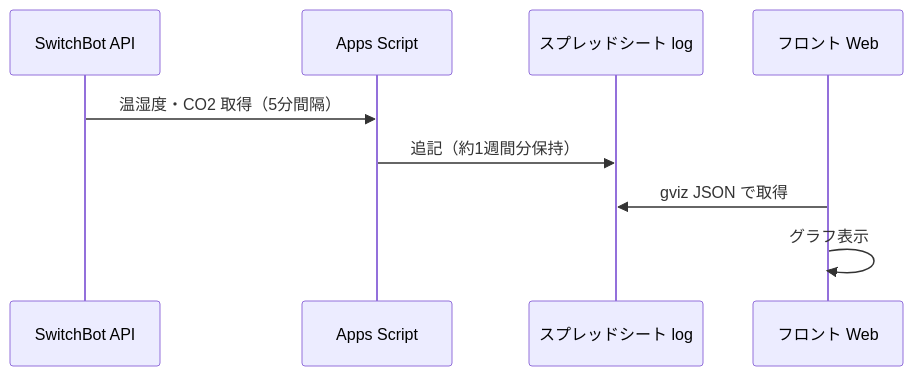
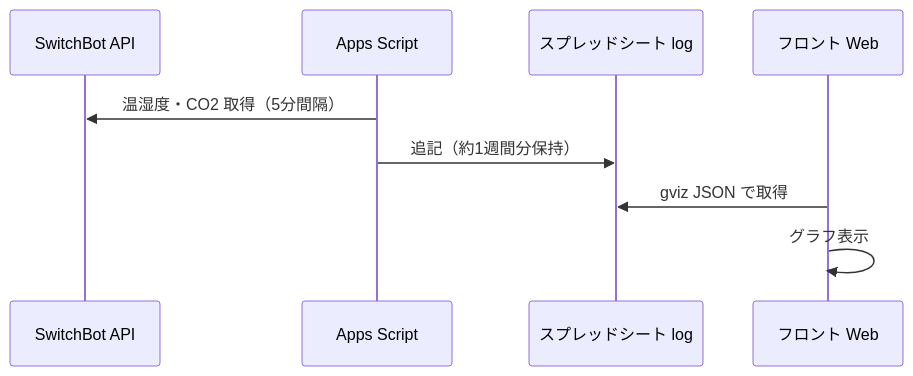
Before and after one commit to naoiw/switchbot-logger: the diagram in README.md, drawn with Mermaid.

Commit message:
fix : アーキテクチャを修正

````diff
--- a/README.md
+++ b/README.md
@@ -7,11 +7,11 @@
 ```mermaid
 sequenceDiagram
   participant API as SwitchBot API
   participant GAS as Apps Script
   participant Sheet as スプレッドシート log
   participant Front as フロント Web
-  API->>GAS: 温湿度・CO2 取得（5分間隔）
+  GAS->>API: 温湿度・CO2 取得（5分間隔）
   GAS->>Sheet: 追記（約1週間分保持）
   Front->>Sheet: gviz JSON で取得
   Front->>Front: グラフ表示
 ```
````
